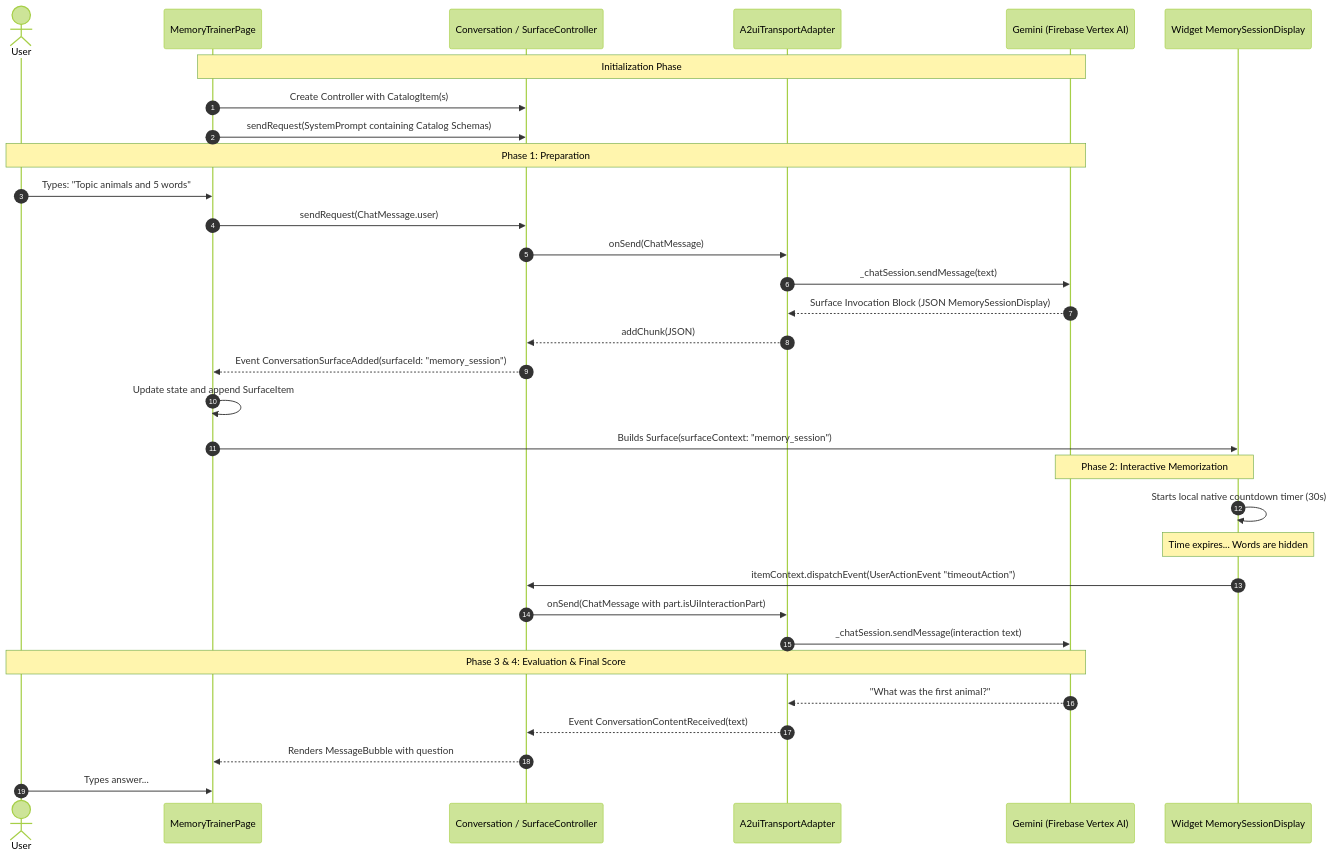
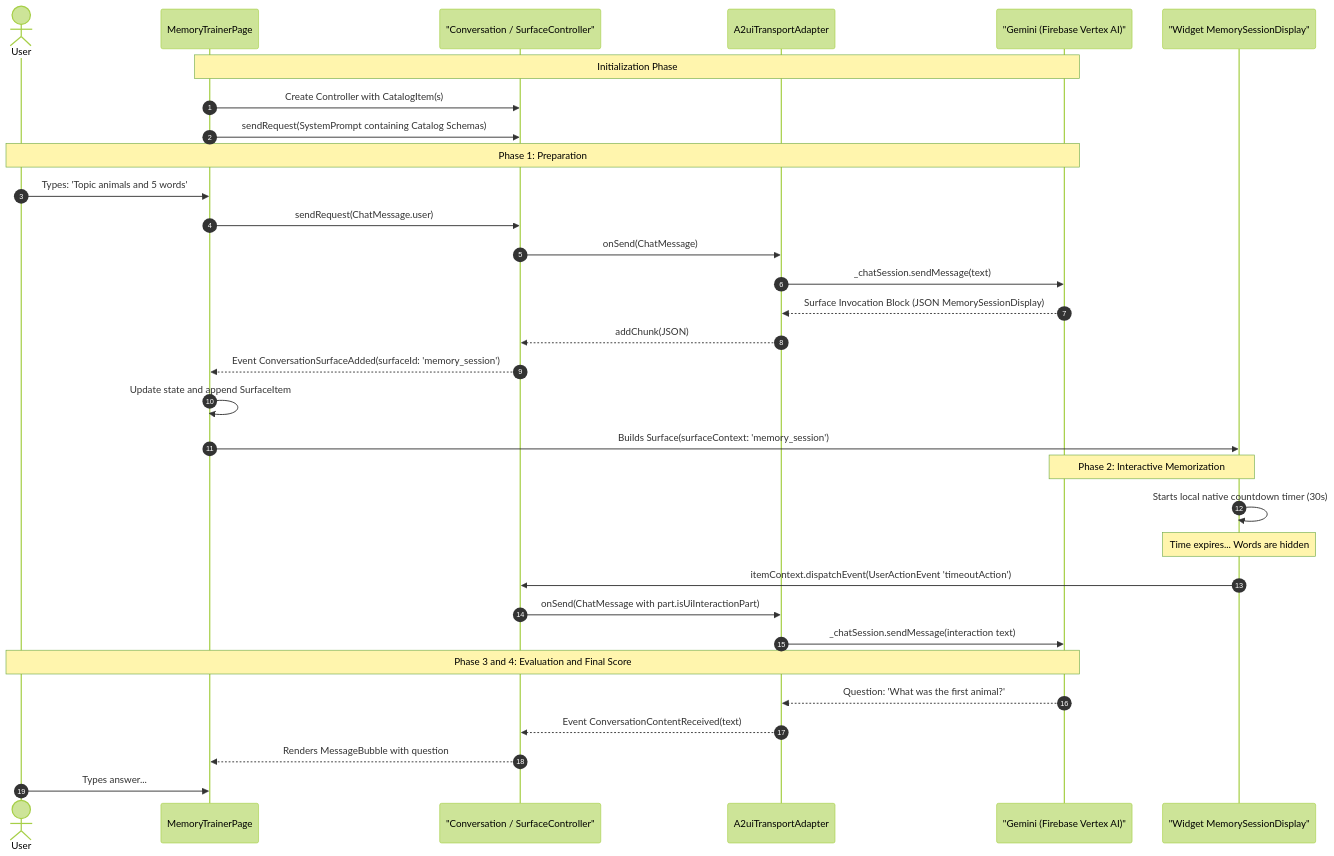
One commit to weincoder/intro_to_genui changed the diagram in documentation/i18n/en/docusaurus-plugin-content-docs/current/02-architecture/02-a2ui-lifecycle.md. Above: the diagram before and after it, drawn with Mermaid (forest theme). The commit also changed 8 other files, not shown here.

Commit message:
fix(docs): enable @docusaurus/theme-mermaid and sanitize diagram syntax

````diff
--- a/documentation/i18n/en/docusaurus-plugin-content-docs/current/02-architecture/02-a2ui-lifecycle.md
+++ b/documentation/i18n/en/docusaurus-plugin-content-docs/current/02-architecture/02-a2ui-lifecycle.md
@@ -17,38 +17,38 @@
 ```mermaid
 sequenceDiagram
     autonumber
     actor User as User
     participant UI as MemoryTrainerPage
-    participant Conv as Conversation / SurfaceController
+    participant Conv as "Conversation / SurfaceController"
     participant Trans as A2uiTransportAdapter
-    participant Model as Gemini (Firebase Vertex AI)
-    participant Surf as Widget MemorySessionDisplay
+    participant Model as "Gemini (Firebase Vertex AI)"
+    participant Surf as "Widget MemorySessionDisplay"
 
     Note over UI,Model: Initialization Phase
     UI->>Conv: Create Controller with CatalogItem(s)
     UI->>Conv: sendRequest(SystemPrompt containing Catalog Schemas)
 
     Note over User,Model: Phase 1: Preparation
-    User->>UI: Types: "Topic animals and 5 words"
+    User->>UI: Types: 'Topic animals and 5 words'
     UI->>Conv: sendRequest(ChatMessage.user)
     Conv->>Trans: onSend(ChatMessage)
     Trans->>Model: _chatSession.sendMessage(text)
     Model-->>Trans: Surface Invocation Block (JSON MemorySessionDisplay)
     Trans-->>Conv: addChunk(JSON)
-    Conv-->>UI: Event ConversationSurfaceAdded(surfaceId: "memory_session")
+    Conv-->>UI: Event ConversationSurfaceAdded(surfaceId: 'memory_session')
     UI->>UI: Update state and append SurfaceItem
-    UI->>Surf: Builds Surface(surfaceContext: "memory_session")
+    UI->>Surf: Builds Surface(surfaceContext: 'memory_session')
 
     Note over Surf,Model: Phase 2: Interactive Memorization
     Surf->>Surf: Starts local native countdown timer (30s)
     Note over Surf: Time expires... Words are hidden
-    Surf->>Conv: itemContext.dispatchEvent(UserActionEvent "timeoutAction")
+    Surf->>Conv: itemContext.dispatchEvent(UserActionEvent 'timeoutAction')
     Conv->>Trans: onSend(ChatMessage with part.isUiInteractionPart)
     Trans->>Model: _chatSession.sendMessage(interaction text)
 
-    Note over User,Model: Phase 3 & 4: Evaluation & Final Score
-    Model-->>Trans: "What was the first animal?"
+    Note over User,Model: Phase 3 and 4: Evaluation and Final Score
+    Model-->>Trans: Question: 'What was the first animal?'
     Trans-->>Conv: Event ConversationContentReceived(text)
     Conv-->>UI: Renders MessageBubble with question
     User->>UI: Types answer...
 ```
````
